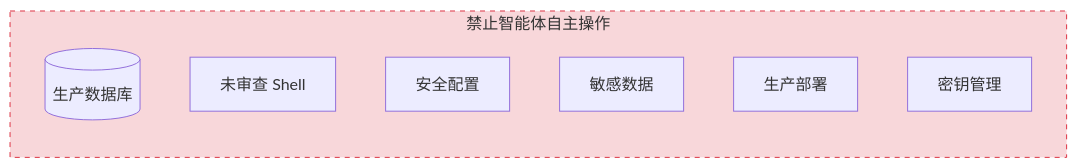
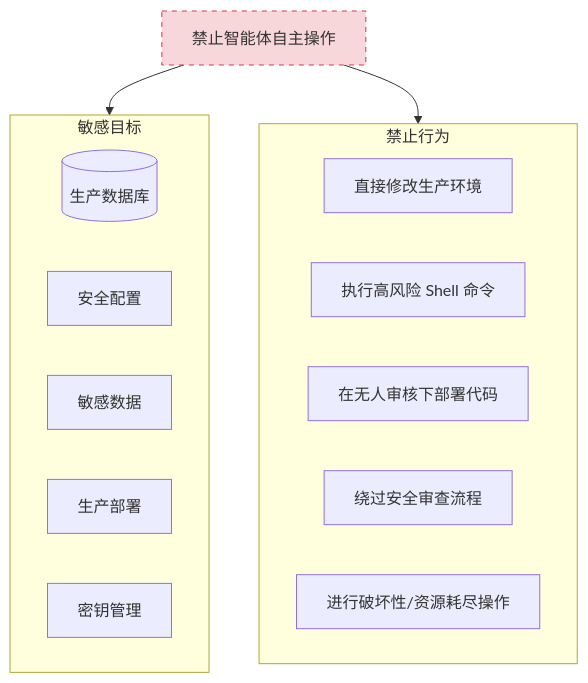
One commit to yeasy/agentic_ai_guide changed the third of 6 diagrams in 10_agentic_coding/10.5_best_practices.md. Above: the diagram before and after it, drawn with Mermaid. The commit also changed other lines of this file and 2 other files, not shown here.

````diff
--- a/10_agentic_coding/10.5_best_practices.md
+++ b/10_agentic_coding/10.5_best_practices.md
@@ -206,13 +191,23 @@
 ```mermaid
-graph LR
-    subgraph Forbidden [禁止智能体自主操作]
+graph TD
+    style Forbidden fill:#f8d7da,stroke:#dc3545,stroke-dasharray: 5 5
+    
+    Forbidden[禁止智能体自主操作] --> Targets[敏感目标]
+    Forbidden --> Actions[禁止行为]
+    
+    subgraph Targets [敏感目标]
         DB[(生产数据库)]
-        Shell[未审查 Shell]
         Config[安全配置]
         Data[敏感数据]
         Deploy[生产部署]
         Keys[密钥管理]
     end
     
-    style Forbidden fill:#f8d7da,stroke:#dc3545,stroke-dasharray: 5 5
+    subgraph Actions [禁止行为]
+        F1[直接修改生产环境]
+        F2[执行高风险 Shell 命令]
+        F3[在无人审核下部署代码]
+        F4[绕过安全审查流程]
+        F5[进行破坏性/资源耗尽操作]
+    end
 ```
````
